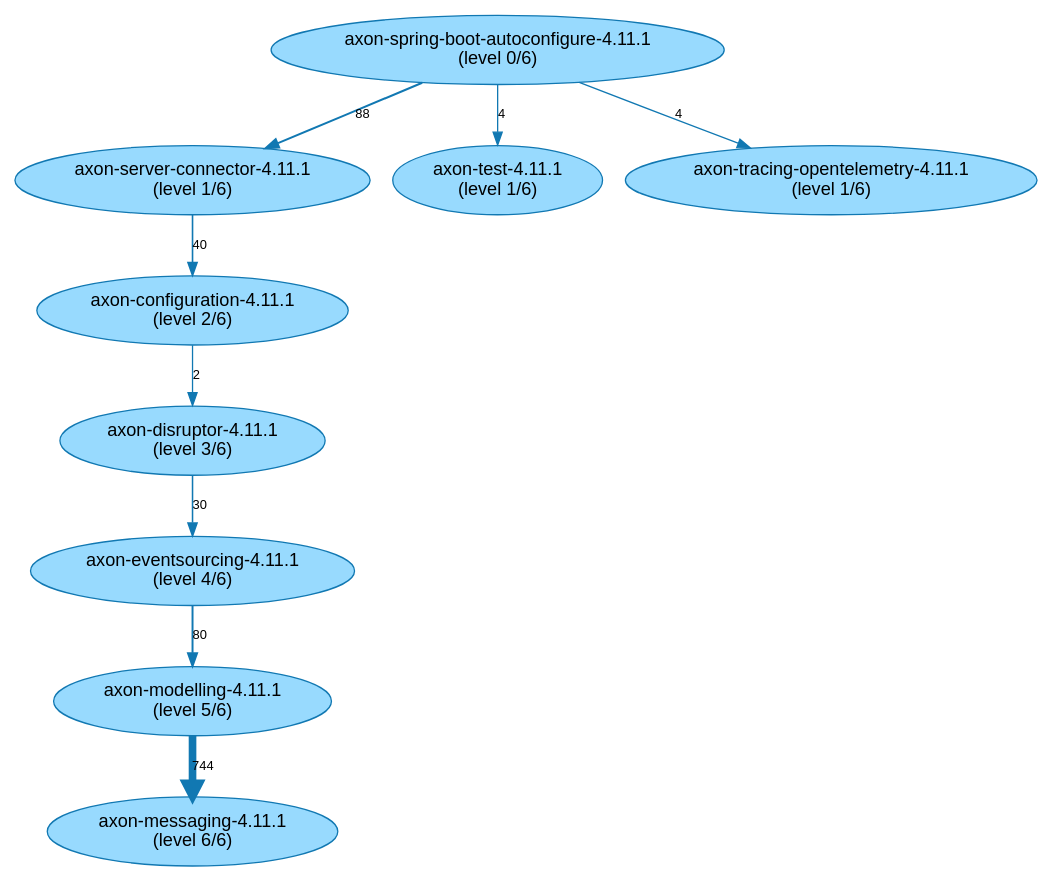
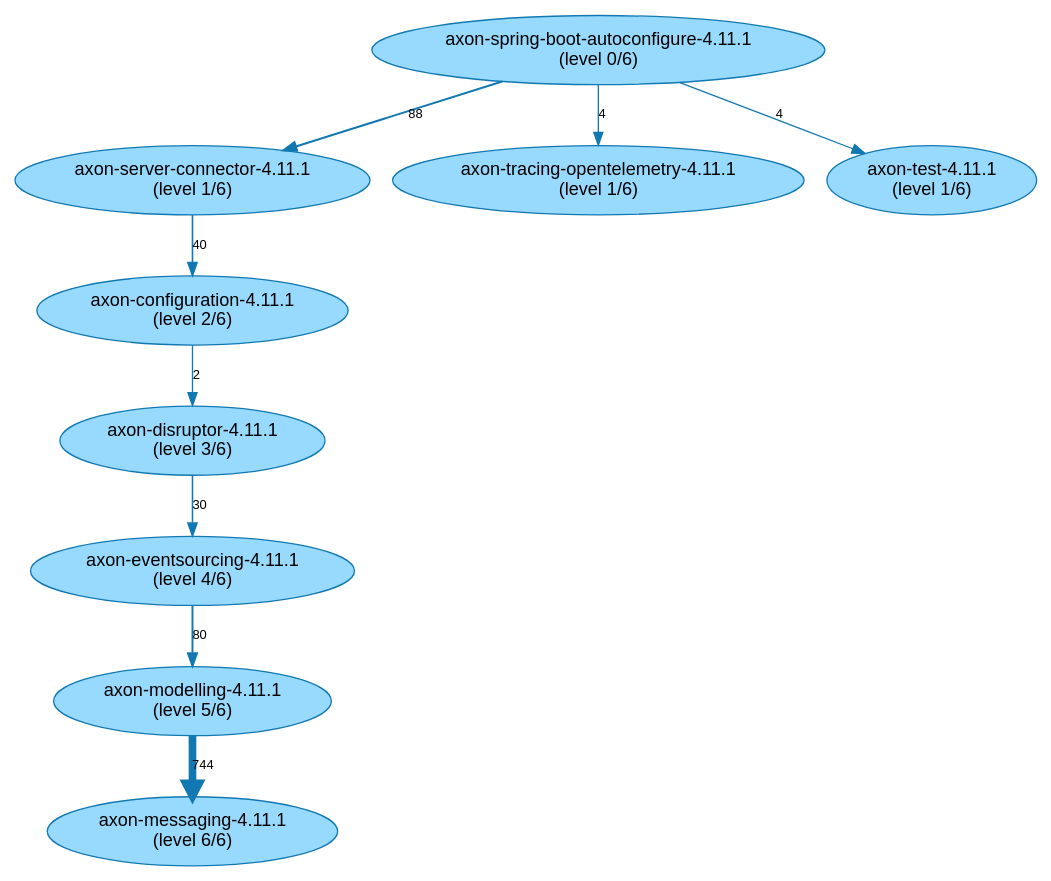
Before and after one commit to JohT/code-graph-analysis-examples: the diagram in analysis-results/AxonFramework/AxonFramework-4.11.1/path-finding-visualization/JavaArtifactLongestPathsIsolated.gv, drawn with Graphviz. The commit also changed other lines of this file and 373 other files, not shown here.

```diff
--- a/analysis-results/AxonFramework/AxonFramework-4.11.1/path-finding-visualization/JavaArtifactLongestPathsIsolated.gv
+++ b/analysis-results/AxonFramework/AxonFramework-4.11.1/path-finding-visualization/JavaArtifactLongestPathsIsolated.gv
@@ -1,32 +1,32 @@
 // This GraphViz dot file was generated by the script convertQueryResultCsvToGraphVizDotFile.sh with default.template
 
 strict digraph JavaArtifactLongestPathsIsolated {
     fontname = "Helvetica,Arial,sans-serif";
     node [fontname = "Helvetica,Arial,sans-serif";];
     edge [fontname = "Helvetica,Arial,sans-serif"; fontsize = 10;];
     node [style = filled; fillcolor = "0.560 0.400 0.999";];
     node [color = "0.560 0.900 0.700";];
     edge [color = "0.560 0.900 0.700";];
 	"axon-spring-boot-autoconfigure-4.11.1\n(level 0/6)" -> "axon-server-connector-4.11.1\n(level 1/6)" [label=88; penwidth=1.57; ];
 	"axon-server-connector-4.11.1\n(level 1/6)" -> "axon-configuration-4.11.1\n(level 2/6)" [label=40; penwidth=1.25; ];
 	"axon-configuration-4.11.1\n(level 2/6)" -> "axon-disruptor-4.11.1\n(level 3/6)" [label=2; penwidth=1.0; ];
 	"axon-disruptor-4.11.1\n(level 3/6)" -> "axon-eventsourcing-4.11.1\n(level 4/6)" [label=30; penwidth=1.19; ];
 	"axon-eventsourcing-4.11.1\n(level 4/6)" -> "axon-modelling-4.11.1\n(level 5/6)" [label=80; penwidth=1.52; ];
 	"axon-modelling-4.11.1\n(level 5/6)" -> "axon-messaging-4.11.1\n(level 6/6)" [label=744; penwidth=5.92; ];
 	"axon-spring-boot-autoconfigure-4.11.1\n(level 0/6)" -> "axon-server-connector-4.11.1\n(level 1/6)" [label=88; penwidth=1.57; ];
 	"axon-server-connector-4.11.1\n(level 1/6)" -> "axon-configuration-4.11.1\n(level 2/6)" [label=40; penwidth=1.25; ];
 	"axon-configuration-4.11.1\n(level 2/6)" -> "axon-disruptor-4.11.1\n(level 3/6)" [label=2; penwidth=1.0; ];
 	"axon-disruptor-4.11.1\n(level 3/6)" -> "axon-eventsourcing-4.11.1\n(level 4/6)" [label=30; penwidth=1.19; ];
 	"axon-eventsourcing-4.11.1\n(level 4/6)" -> "axon-modelling-4.11.1\n(level 5/6)" [label=80; penwidth=1.52; ];
 	"axon-spring-boot-autoconfigure-4.11.1\n(level 0/6)" -> "axon-server-connector-4.11.1\n(level 1/6)" [label=88; penwidth=1.57; ];
 	"axon-server-connector-4.11.1\n(level 1/6)" -> "axon-configuration-4.11.1\n(level 2/6)" [label=40; penwidth=1.25; ];
 	"axon-configuration-4.11.1\n(level 2/6)" -> "axon-disruptor-4.11.1\n(level 3/6)" [label=2; penwidth=1.0; ];
 	"axon-disruptor-4.11.1\n(level 3/6)" -> "axon-eventsourcing-4.11.1\n(level 4/6)" [label=30; penwidth=1.19; ];
+	"axon-spring-boot-autoconfigure-4.11.1\n(level 0/6)" -> "axon-server-connector-4.11.1\n(level 1/6)" [label=88; penwidth=1.57; ];
 	"axon-server-connector-4.11.1\n(level 1/6)" -> "axon-configuration-4.11.1\n(level 2/6)" [label=40; penwidth=1.25; ];
 	"axon-configuration-4.11.1\n(level 2/6)" -> "axon-disruptor-4.11.1\n(level 3/6)" [label=2; penwidth=1.0; ];
-	"axon-spring-boot-autoconfigure-4.11.1\n(level 0/6)" -> "axon-server-connector-4.11.1\n(level 1/6)" [label=88; penwidth=1.57; ];
 	"axon-server-connector-4.11.1\n(level 1/6)" -> "axon-configuration-4.11.1\n(level 2/6)" [label=40; penwidth=1.25; ];
 	"axon-spring-boot-autoconfigure-4.11.1\n(level 0/6)" -> "axon-server-connector-4.11.1\n(level 1/6)" [label=88; penwidth=1.57; ];
+	"axon-spring-boot-autoconfigure-4.11.1\n(level 0/6)" -> "axon-tracing-opentelemetry-4.11.1\n(level 1/6)" [label=4; penwidth=1.01; ];
 	"axon-spring-boot-autoconfigure-4.11.1\n(level 0/6)" -> "axon-test-4.11.1\n(level 1/6)" [label=4; penwidth=1.01; ];
-	"axon-spring-boot-autoconfigure-4.11.1\n(level 0/6)" -> "axon-tracing-opentelemetry-4.11.1\n(level 1/6)" [label=4; penwidth=1.01; ];
 }
```
